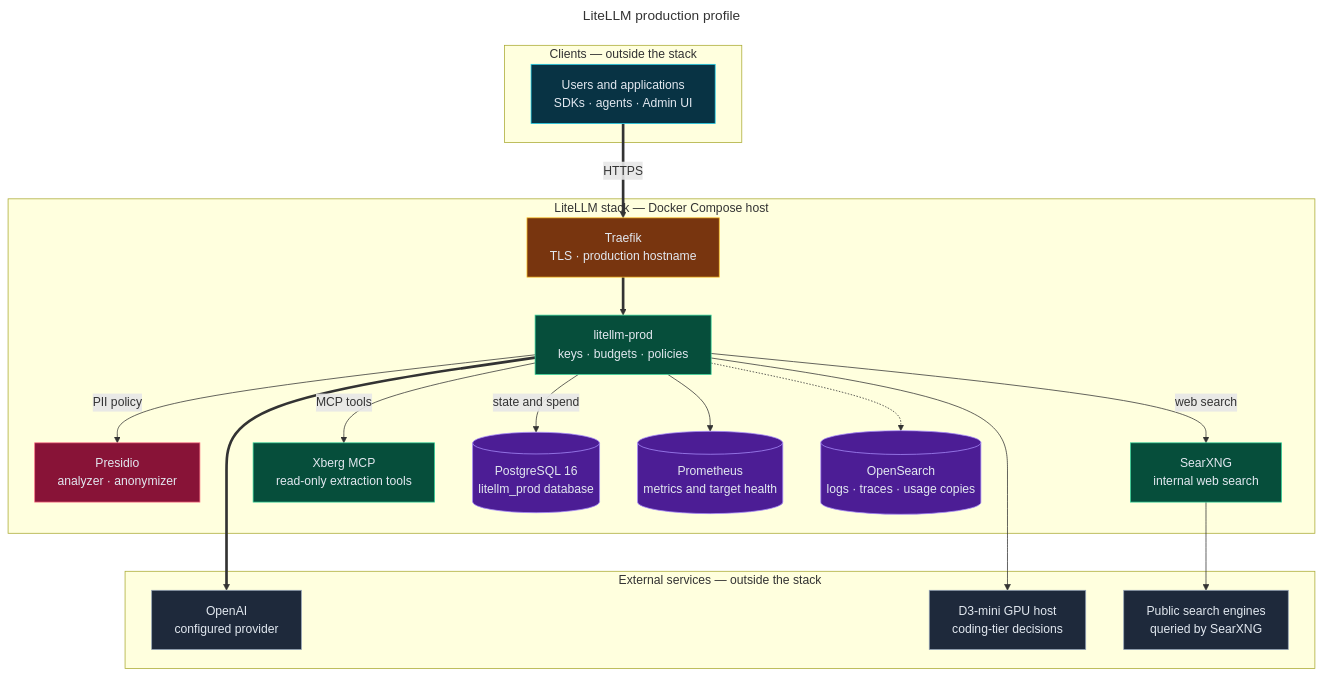
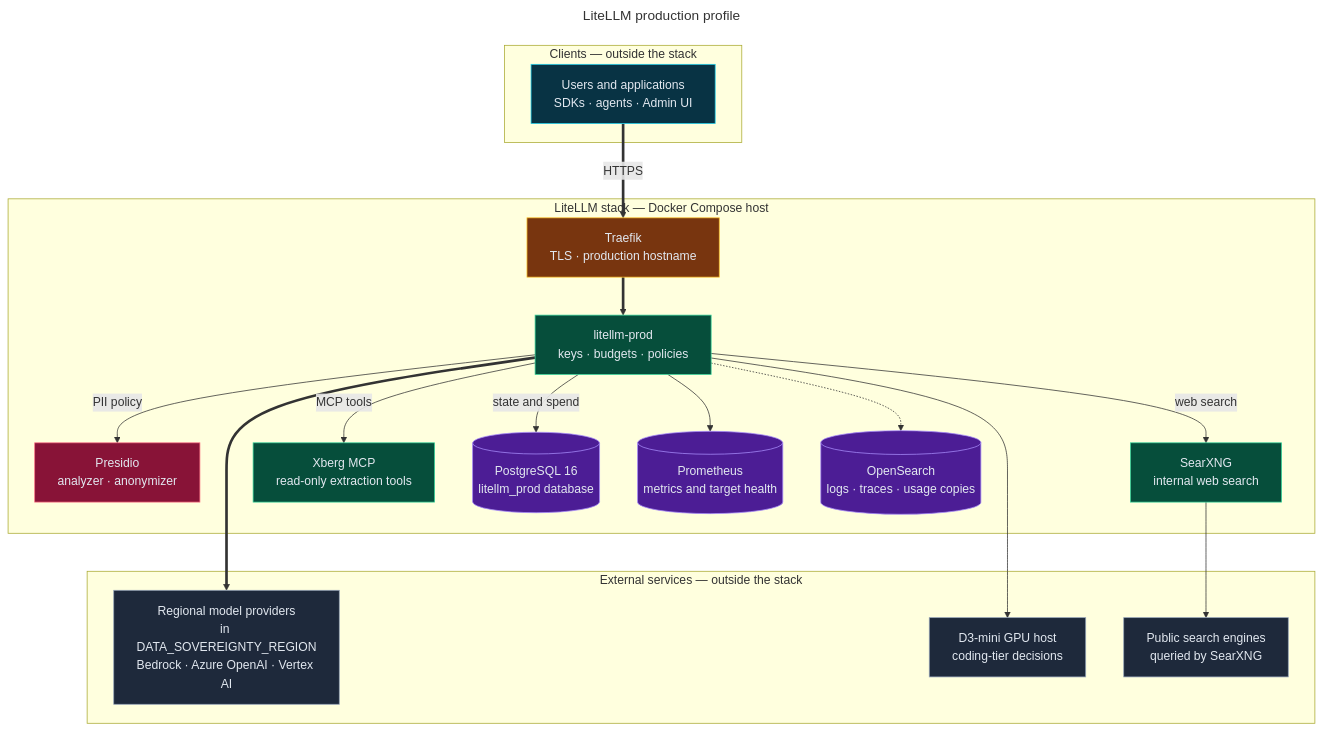
The diagram in diagrams/21-prod-profile.mmd (bella-1337/effective-spoon), drawn with Mermaid before and after one commit. The commit also changed 27 other files, not shown here.

```diff
--- a/diagrams/21-prod-profile.mmd
+++ b/diagrams/21-prod-profile.mmd
@@ -1,52 +1,52 @@
 ---
 title: LiteLLM production profile
 ---
 flowchart TD
   %% Source for 21-prod-profile.html. Edit this file, then run ./scripts/render-diagrams.py.
   %% Directives: docs in diagrams/README.md (Updating diagrams).
   %% @mode architecture
-  %% @subtitle Stable production serving with PII controls, isolated state, the configured provider, tools, and default observability
-  %% @card cyan | Request path | Clients reach litellm-prod only through Traefik on the production hostname | The eu-data-protection policy applies Presidio before and after every model call | coding-router asks the remote D3-mini host for a tier, then calls OpenAI
+  %% @subtitle Stable production serving with PII controls, isolated state, the region-locked providers, tools, and default observability
+  %% @card cyan | Request path | Clients reach litellm-prod only through Traefik on the production hostname | The eu-data-protection policy applies Presidio before and after every model call | coding-router asks the remote D3-mini host for a tier, then calls that tier's model from .env
   %% @card violet | State and telemetry | litellm_prod keeps keys, budgets, and spend without prompt content | Prometheus scrapes metrics; OpenSearch stores logs, traces, and usage copies | Langfuse, Lens, and Grafana are optional profiles, not part of the default path
   %% @card rose | Production limits | No Qdrant cache, pgvector store, or BGE-M3 embeddings in production | Xberg reaches the Internet only through the Squid allowlist | The Chat UI is disabled; the demo profile seeds data only when explicitly enabled
-  %% @journey #22d3ee: USR TR LP OAI
+  %% @journey #22d3ee: USR TR LP EUP
   %% @journey #fb7185: LP PR
   %% @journey #fb923c: LP OS
 
   subgraph CL["Clients — outside the stack"]
     USR["Users and applications<br/>SDKs · agents · Admin UI"]:::frontend
   end
   subgraph ST["LiteLLM stack — Docker Compose host"]
     TR["Traefik<br/>TLS · production hostname"]:::cloud
     LP["litellm-prod<br/>keys · budgets · policies"]:::backend
     PR["Presidio<br/>analyzer · anonymizer"]:::security
     SX["SearXNG<br/>internal web search"]:::backend
     XB["Xberg MCP<br/>read-only extraction tools"]:::backend
     PG[("PostgreSQL 16<br/>litellm_prod database")]:::database
     PM[("Prometheus<br/>metrics and target health")]:::database
     OS[("OpenSearch<br/>logs · traces · usage copies")]:::database
   end
   subgraph EX["External services — outside the stack"]
-    OAI["OpenAI<br/>configured provider"]:::external
+    EUP["Regional model providers<br/>in DATA_SOVEREIGNTY_REGION<br/>Bedrock · Azure OpenAI · Vertex AI"]:::external
     D3["D3-mini GPU host<br/>coding-tier decisions"]:::external
     SE["Public search engines<br/>queried by SearXNG"]:::external
   end
 
   USR ==>|"HTTPS"| TR
   TR ==> LP
   LP -->|"PII policy"| PR
   LP -->|"web search"| SX
   LP -->|"MCP tools"| XB
   LP -->|"state and spend"| PG
   LP --> PM
   LP -.-> OS
-  LP ==> OAI
+  LP ==> EUP
   LP --> D3
   SX --> SE
 
   classDef backend fill:#064e3b,stroke:#34d399,color:#e2e8f0
   classDef cloud fill:#78350f,stroke:#fbbf24,color:#e2e8f0
   classDef database fill:#4c1d95,stroke:#a78bfa,color:#e2e8f0
   classDef external fill:#1e293b,stroke:#94a3b8,color:#e2e8f0
   classDef frontend fill:#083344,stroke:#22d3ee,color:#e2e8f0
   classDef security fill:#881337,stroke:#fb7185,color:#e2e8f0
```
